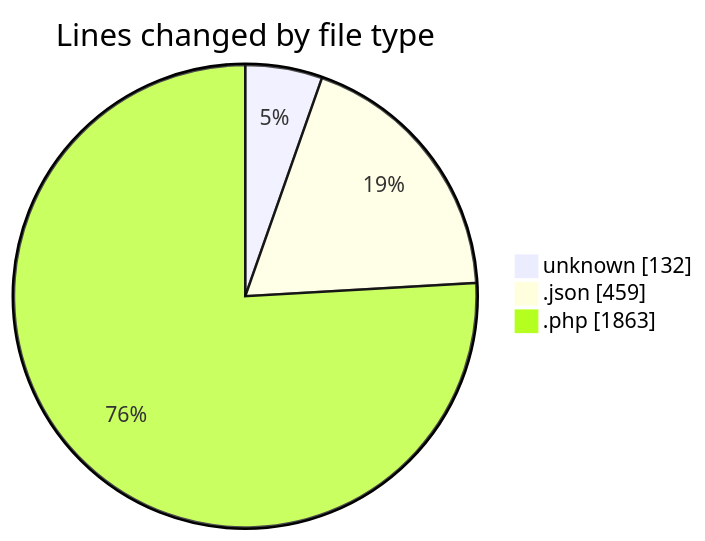
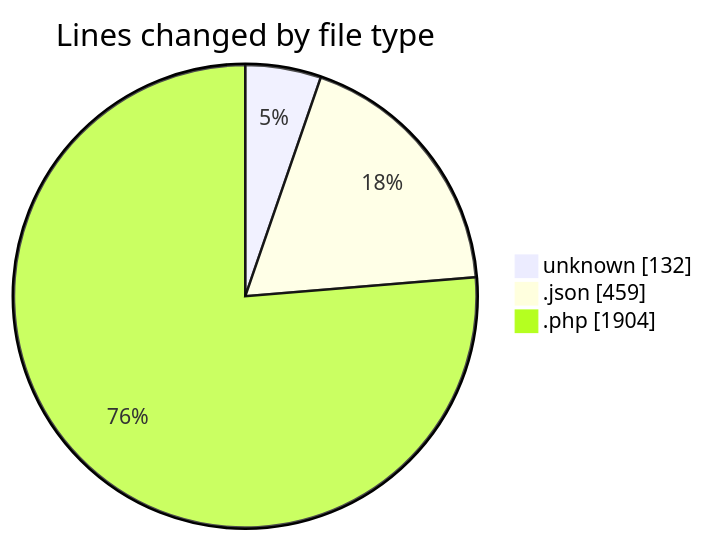
Before and after one commit to idhammustaqopulfikri/code-tracking: the first of 2 diagrams in 2025-03-26/autodidak/README.md, drawn with Mermaid. The commit also changed other lines of this file and 1 other file, not shown here.

````diff
--- a/2025-03-26/autodidak/README.md
+++ b/2025-03-26/autodidak/README.md
@@ -30,7 +32,7 @@
 ```mermaid
 pie showData
 title Lines changed by file type
 "unknown" : 132
 ".json" : 459
-".php" : 1863
+".php" : 1904
 ```
````
